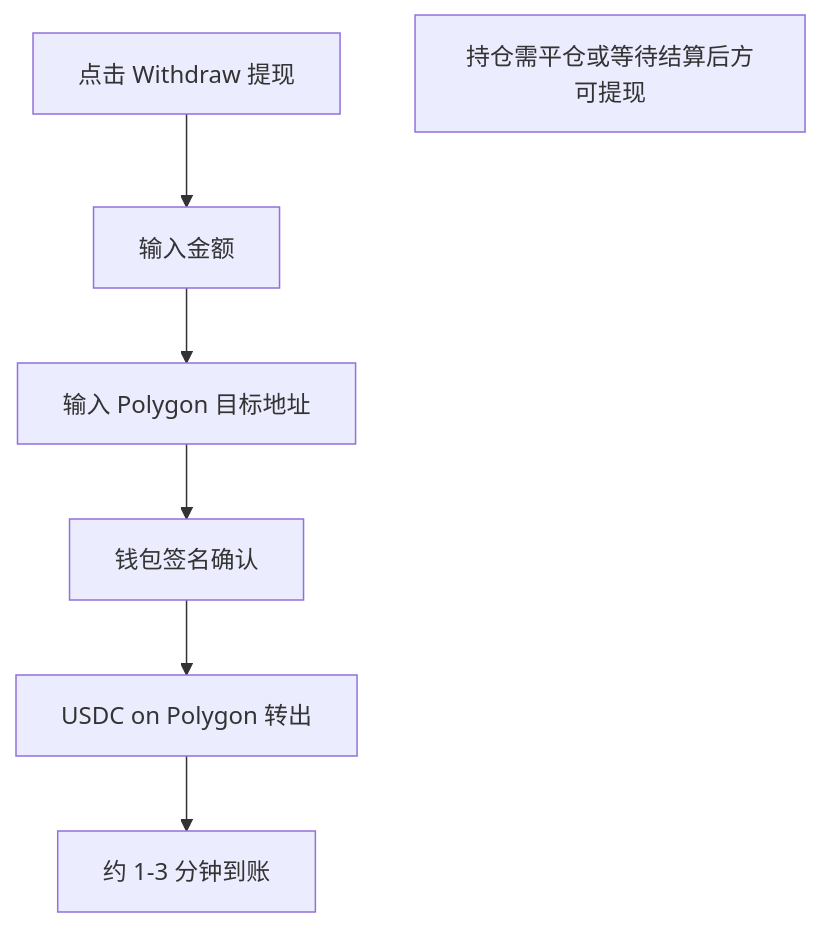
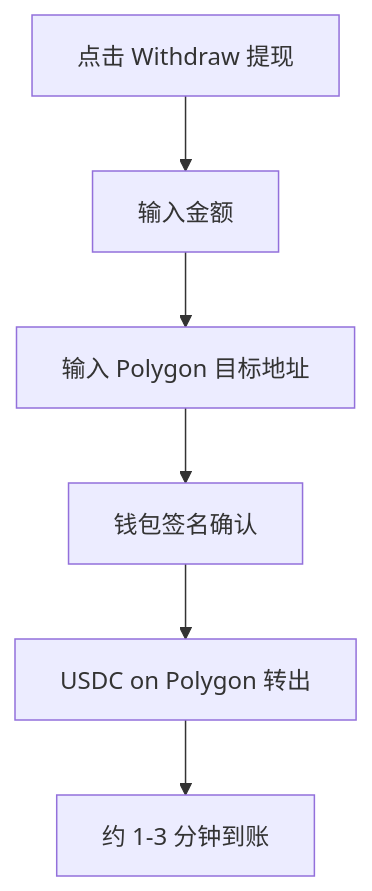
One commit to survivorff/polymarket_research changed the fourth of 10 diagrams in research/06_stand_trade/analysis.md. Above: the diagram before and after it, drawn with Mermaid. The commit also changed other lines of this file and 11 other files, not shown here.

First line of the commit message:
修复所有 Mermaid 语法错误，确保流程图可正常渲染

````diff
--- a/research/06_stand_trade/analysis.md
+++ b/research/06_stand_trade/analysis.md
@@ -100,9 +100,9 @@
 ```mermaid
 flowchart TD
     A[点击 Withdraw 提现] --> B[输入金额]
     B --> C[输入 Polygon 目标地址]
     C --> D[钱包签名确认]
     D --> E[USDC on Polygon 转出]
     E --> F[约 1-3 分钟到账]
-    note1[持仓需平仓或等待结算后方可提现]
+    %% 注: 持仓需平仓或等待结算后方可提现
 ```
````
